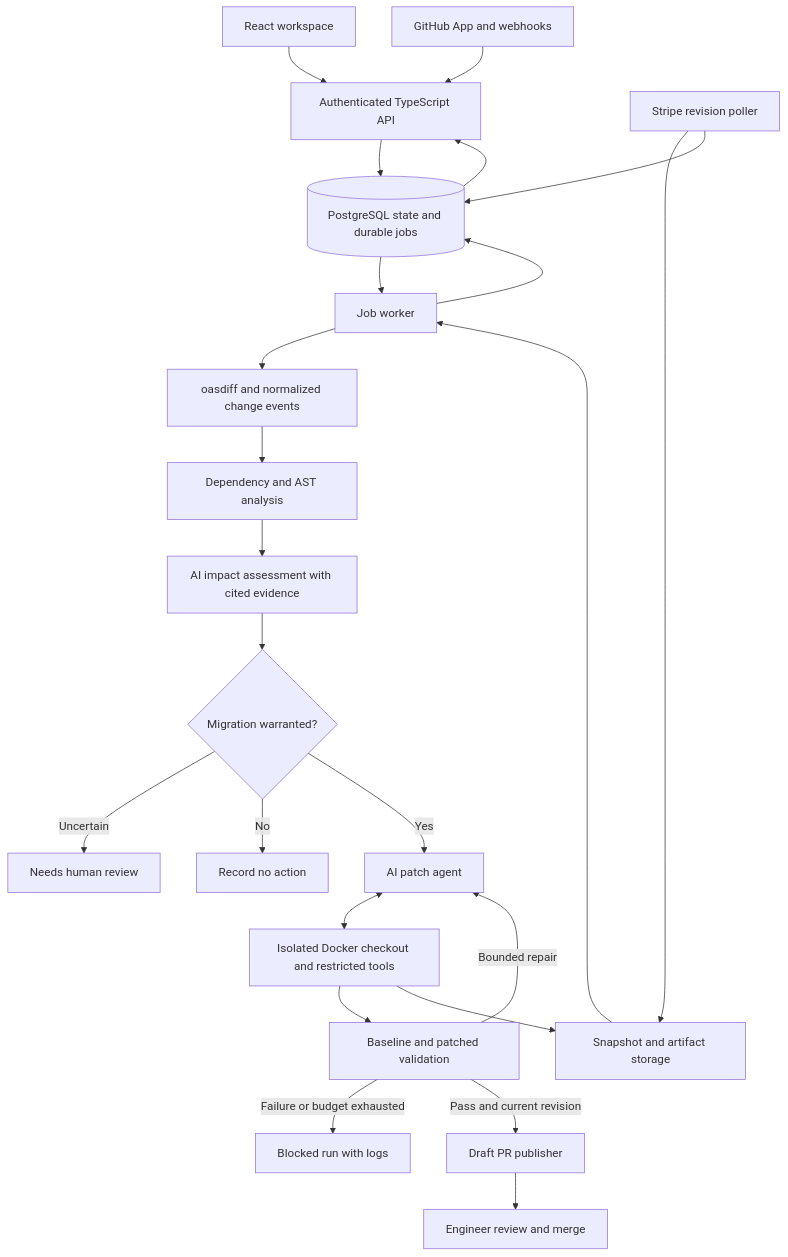
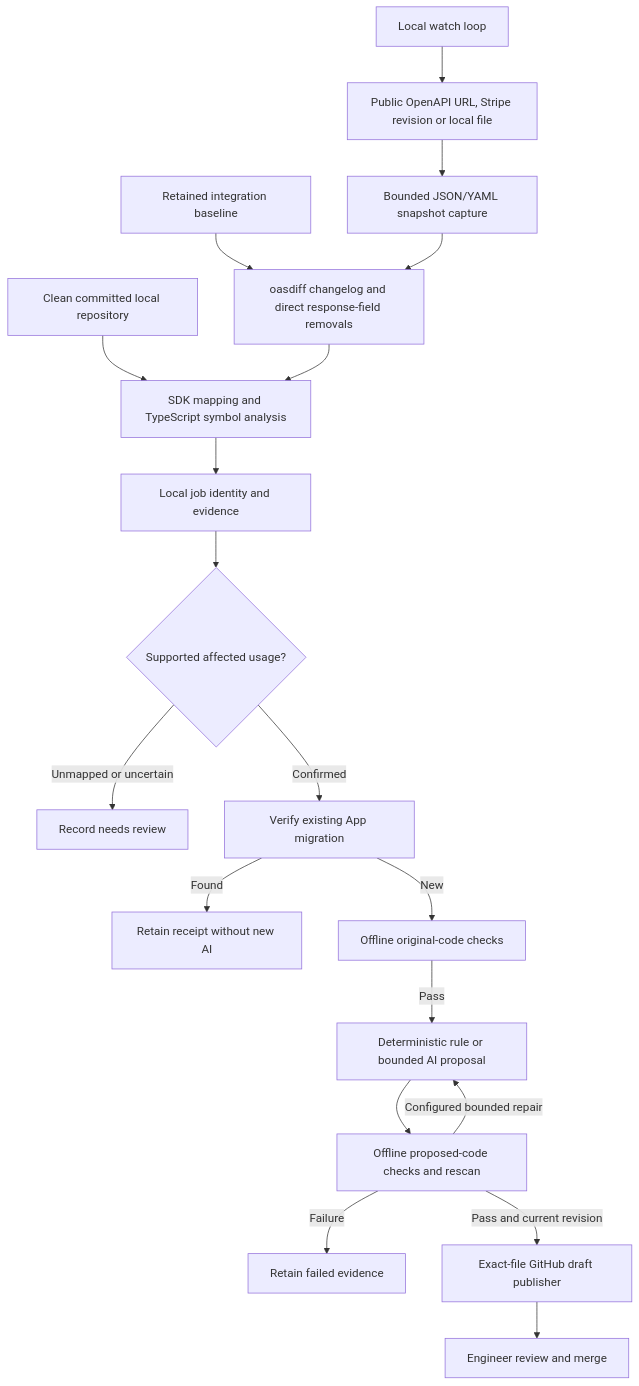
Before and after one commit to pierceluu10/Refit: the first of 2 diagrams in docs/ARCHITECTURE.md, drawn with Mermaid. The commit also changed other lines of this file and 9 other files, not shown here.

````diff
--- a/docs/ARCHITECTURE.md
+++ b/docs/ARCHITECTURE.md
@@ -59,26 +7,21 @@
 ```mermaid
 flowchart TD
-  UI[React workspace] --> API[Authenticated TypeScript API]
-  GH[GitHub App and webhooks] --> API
-  API --> DB[(PostgreSQL state and durable jobs)]
-  POLL[Stripe revision poller] --> BLOBS[Snapshot and artifact storage]
-  POLL --> DB
-  DB --> WORKER[Job worker]
-  BLOBS --> WORKER
-  WORKER --> DIFF[oasdiff and normalized change events]
-  DIFF --> SCAN[Dependency and AST analysis]
-  SCAN --> IMPACT[AI impact assessment with cited evidence]
-  IMPACT --> GATE{Migration warranted?}
-  GATE -->|Uncertain| REVIEW[Needs human review]
-  GATE -->|No| SKIP[Record no action]
-  GATE -->|Yes| AGENT[AI patch agent]
-  AGENT <--> SANDBOX[Isolated Docker checkout and restricted tools]
-  SANDBOX --> CHECKS[Baseline and patched validation]
-  CHECKS -->|Bounded repair| AGENT
-  CHECKS -->|Failure or budget exhausted| BLOCKED[Blocked run with logs]
-  CHECKS -->|Pass and current revision| PR[Draft PR publisher]
+  SOURCE[Public OpenAPI URL, Stripe revision or local file] --> SNAP[Bounded JSON/YAML snapshot capture]
+  BASE[Retained integration baseline] --> DIFF[oasdiff changelog and direct response-field removals]
+  SNAP --> DIFF
+  REPO[Clean committed local repository] --> SCAN[SDK mapping and TypeScript symbol analysis]
+  DIFF --> SCAN
+  SCAN --> STATE[Local job identity and evidence]
+  STATE --> GATE{Supported affected usage?}
+  GATE -->|Unmapped or uncertain| REVIEW[Record needs review]
+  GATE -->|Confirmed| EXISTING[Verify existing App migration]
+  EXISTING -->|Found| REUSE[Retain receipt without new AI]
+  EXISTING -->|New| BASECHECK[Offline original-code checks]
+  BASECHECK -->|Pass| PATCH[Deterministic rule or bounded AI proposal]
+  PATCH --> CHECK[Offline proposed-code checks and rescan]
+  CHECK -->|Configured bounded repair| PATCH
+  CHECK -->|Failure| FAILED[Retain failed evidence]
+  CHECK -->|Pass and current revision| PR[Exact-file GitHub draft publisher]
   PR --> HUMAN[Engineer review and merge]
-  WORKER --> DB
-  SANDBOX --> BLOBS
-  DB --> API
+  POLL[Local watch loop] --> SOURCE
 ```
````
